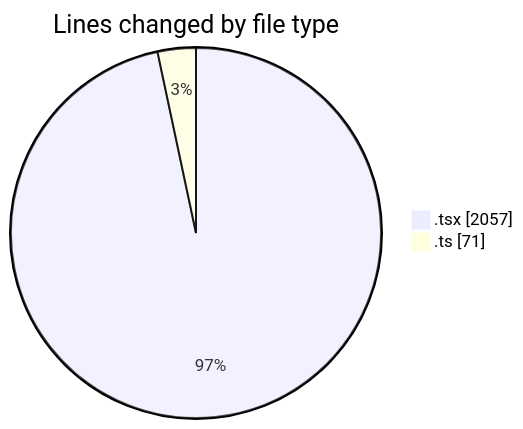
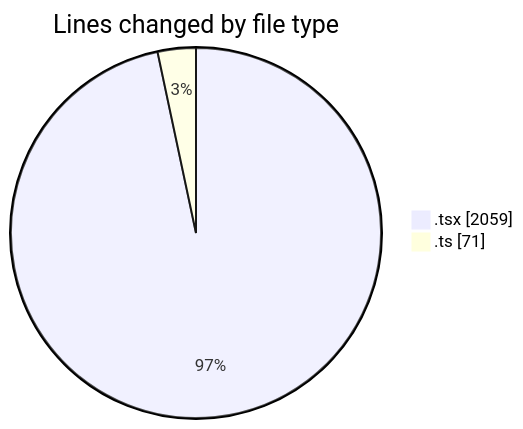
One commit to momahboobian/code-tracking changed the first of 2 diagrams in 2025-02-11/cda/README.md. Above: the diagram before and after it, drawn with Mermaid. The commit also changed other lines of this file and 1 other file, not shown here.

````diff
--- a/2025-02-11/cda/README.md
+++ b/2025-02-11/cda/README.md
@@ -23,6 +23,6 @@
 ```mermaid
 pie showData
 title Lines changed by file type
-".tsx" : 2057
+".tsx" : 2059
 ".ts" : 71
 ```
````
